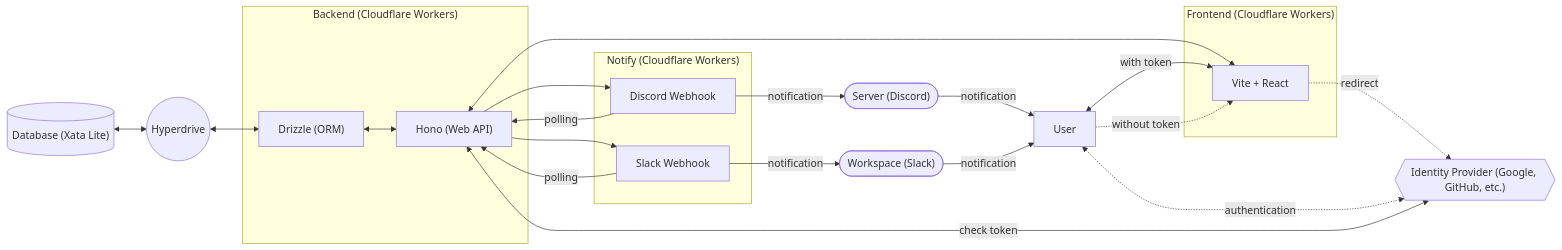
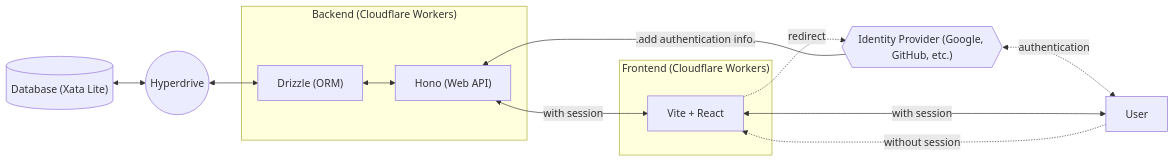
Before and after one commit to Pay-Crew/pay-crew2: the second of 3 diagrams in README.md, drawn with Mermaid. The commit also changed other lines of this file and 23 other files, not shown here.

````diff
--- a/README.md
+++ b/README.md
@@ -307,42 +279,26 @@
 ```mermaid
 graph LR;
     db[("Database (Xata Lite)")]
     hyperdrive(("Hyperdrive"))
     drizzle["Drizzle (ORM)"]
     hono["Hono (Web API)"]
-    discord["Discord Webhook"]
-    slack["Slack Webhook"]
     frontend["Vite + React"]
     idp{{"Identity Provider (Google, GitHub, etc.)"}}
-    server(["Server (Discord)"])
-    workspace(["Workspace (Slack)"])
     user["User"]
 
     db <--> hyperdrive
     hyperdrive <--> drizzle
     subgraph "Backend (Cloudflare Workers)"
         drizzle
         drizzle <--> hono
     end
-    subgraph "Notify (Cloudflare Workers)"
-        discord
-        slack
-    end
-    hono --> discord
-    discord --polling--> hono
-    hono --> slack
-    slack --polling--> hono
-    hono <--> frontend
+    hono <--with session--> frontend
     subgraph "Frontend (Cloudflare Workers)"
         frontend
     end
     idp <-.authentication.-> user
-    idp <--check token--> hono
+    idp --.add authentication info.--> hono
     frontend -.redirect.-> idp
-    user <--with token--> frontend
-    user -.without token.-> frontend
-    discord --notification--> server
-    slack --notification--> workspace
-    server --notification--> user
-    workspace --notification--> user
+    user <--with session--> frontend
+    user -.without session.-> frontend
 ```
````
